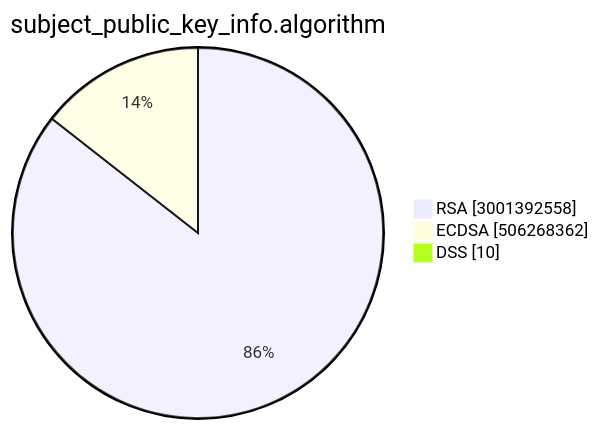
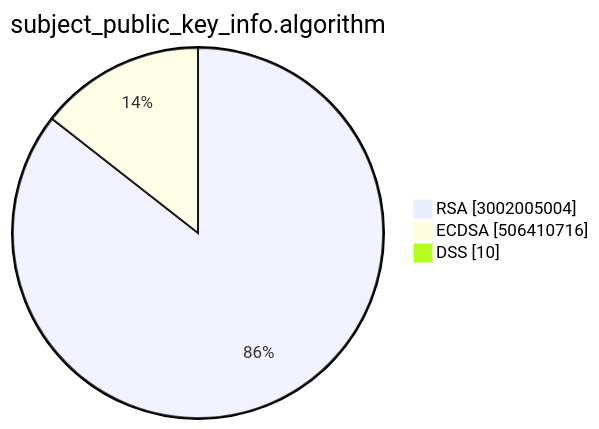
Before and after one commit to christiankrug/ctmonitor_visualization: the second of 15 diagrams in TOTAL/README.md, drawn with Mermaid. The commit also changed other lines of this file, not shown here.

````diff
--- a/TOTAL/README.md
+++ b/TOTAL/README.md
@@ -6,7 +6,7 @@
 ```mermaid
 pie showData
 title subject_public_key_info.algorithm
-"RSA" :3001392558
-"ECDSA" :506268362
+"RSA" :3002005004
+"ECDSA" :506410716
 "DSS" :10
 ```
````
